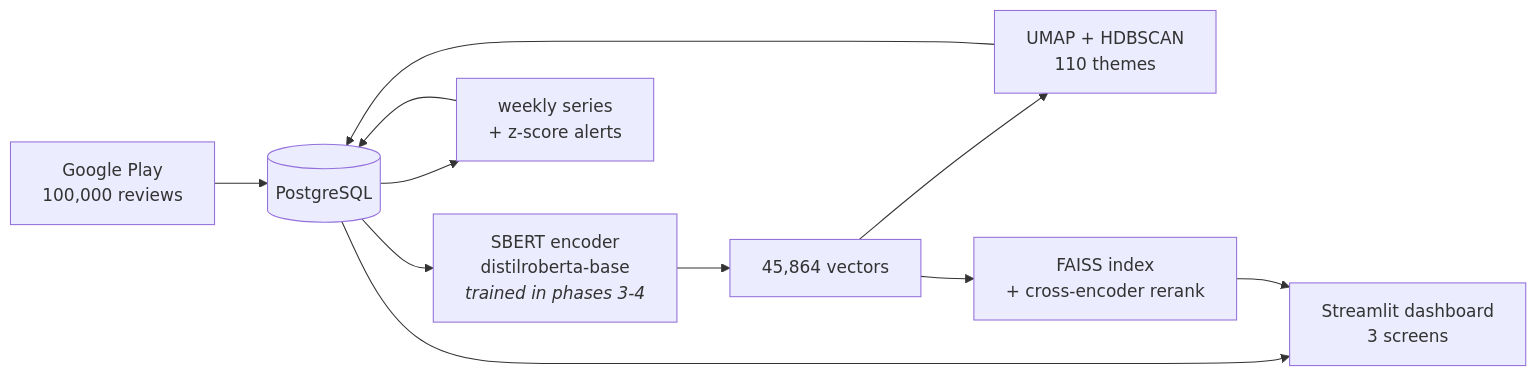
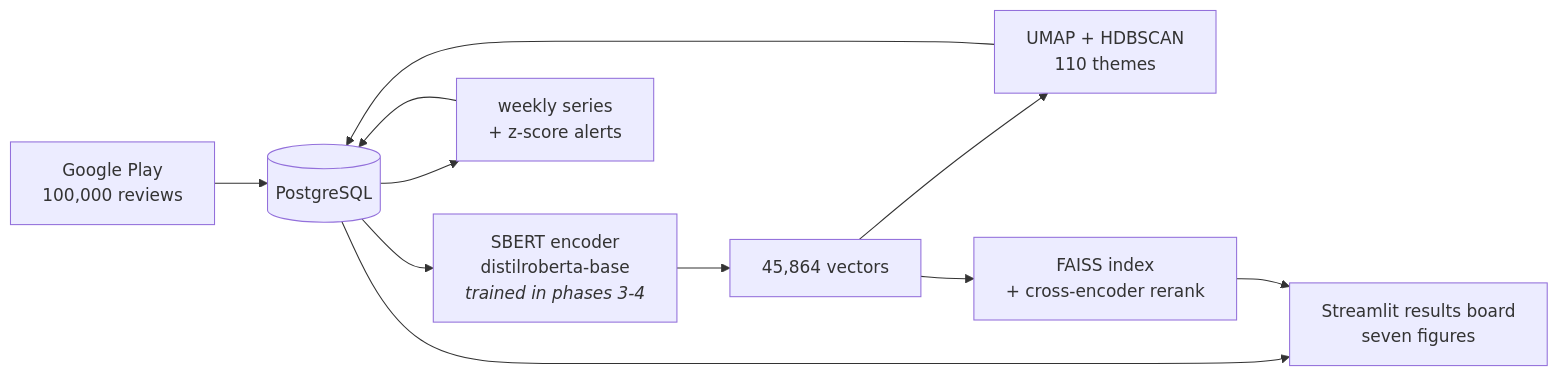
One commit to ayn-aval/Echo changed the diagram in README.md. Above: the diagram before and after it, drawn with Mermaid. The commit also changed other lines of this file and 28 other files, not shown here.

First line of the commit message:
Rebuild the app as a dark results board, in plain language

````diff
--- a/README.md
+++ b/README.md
@@ -74,13 +77,13 @@
 ```mermaid
 flowchart LR
     A["Google Play<br/>100,000 reviews"] --> B[("PostgreSQL")]
     B --> C["SBERT encoder<br/>distilroberta-base<br/><i>trained in phases 3-4</i>"]
     C --> D["45,864 vectors"]
     D --> E["UMAP + HDBSCAN<br/>110 themes"]
     D --> F["FAISS index<br/>+ cross-encoder rerank"]
     E --> B
     B --> G["weekly series<br/>+ z-score alerts"]
     G --> B
-    B --> H["Streamlit dashboard<br/>3 screens"]
+    B --> H["Streamlit results board<br/>seven figures"]
     F --> H
 ```
````
